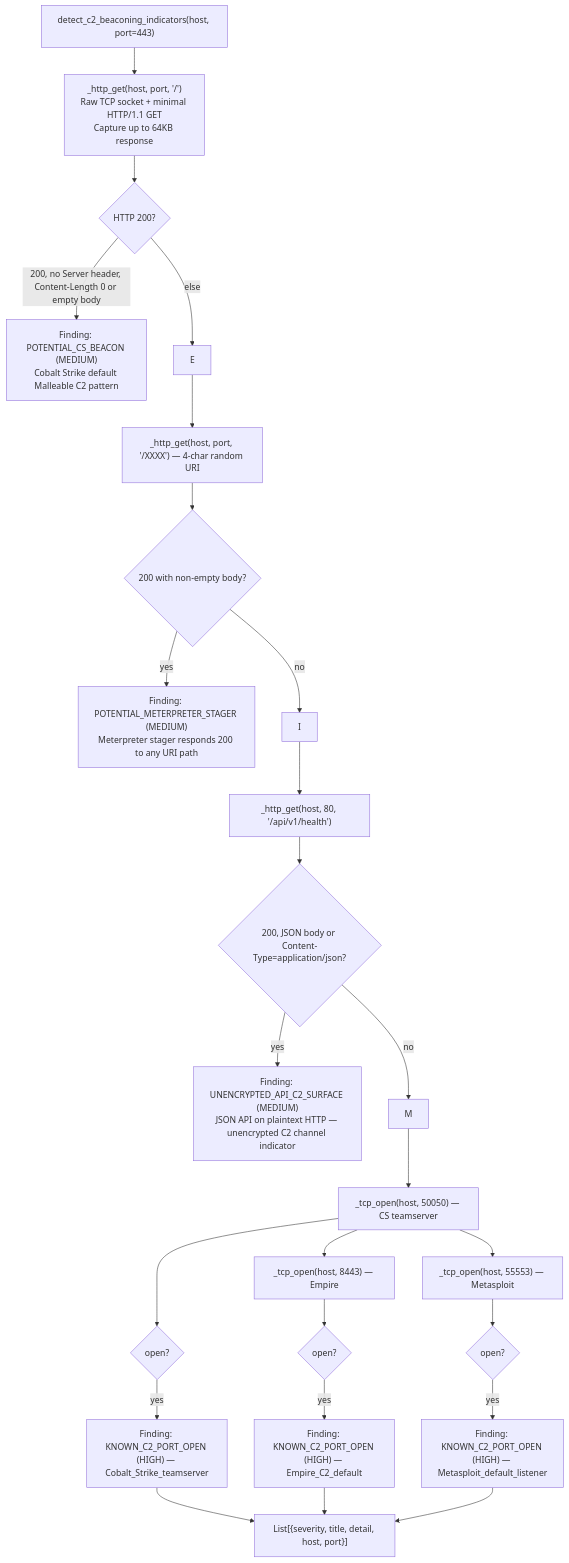
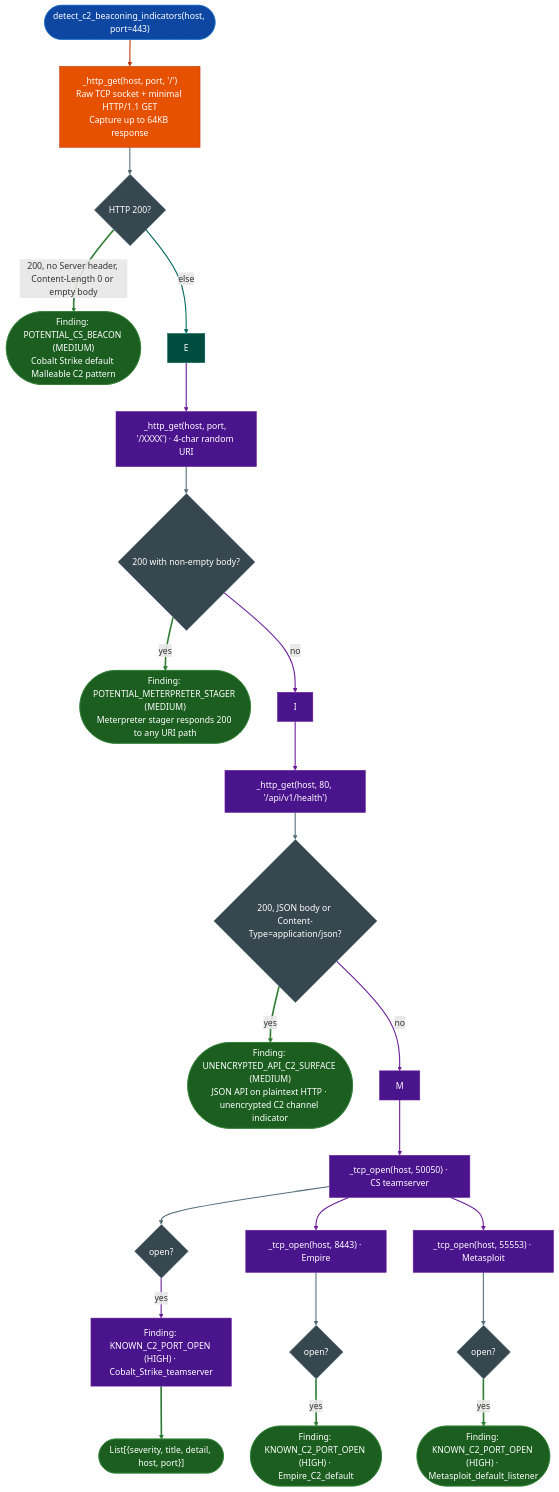
The first of 2 diagrams in docs/reference-modules/c2-exfiltration-indicators.md (Ablation-Tool/ablation), drawn with Mermaid before and after one commit. The commit also changed other lines of this file and 320 other files, not shown here.

First line of the commit message:
docs: apply canonical Mermaid template to all 321 diagrams

````diff
--- a/docs/reference-modules/c2-exfiltration-indicators.md
+++ b/docs/reference-modules/c2-exfiltration-indicators.md
@@ -19,25 +19,53 @@
 ```mermaid
 flowchart TD
-    A["detect_c2_beaconing_indicators(host, port=443)"] --> B["_http_get(host, port, '/')\nRaw TCP socket + minimal HTTP/1.1 GET\nCapture up to 64KB response"]
-    B --> C{HTTP 200?}
-    C -->|"200, no Server header, Content-Length 0 or empty body"| D["Finding: POTENTIAL_CS_BEACON (MEDIUM)\nCobalt Strike default Malleable C2 pattern"]
-    C -->|else| E
-    E --> F["_http_get(host, port, '/XXXX') — 4-char random URI"]
-    F --> G{200 with non-empty body?}
-    G -->|yes| H["Finding: POTENTIAL_METERPRETER_STAGER (MEDIUM)\nMeterpreter stager responds 200 to any URI path"]
-    G -->|no| I
-    I --> J["_http_get(host, 80, '/api/v1/health')"]
-    J --> K{"200, JSON body or Content-Type=application/json?"}
-    K -->|yes| L["Finding: UNENCRYPTED_API_C2_SURFACE (MEDIUM)\nJSON API on plaintext HTTP — unencrypted C2 channel indicator"]
-    K -->|no| M
-    M --> N["_tcp_open(host, 50050) — CS teamserver"]
-    N --> O{open?}
-    O -->|yes| P["Finding: KNOWN_C2_PORT_OPEN (HIGH) — Cobalt_Strike_teamserver"]
-    N --> Q["_tcp_open(host, 8443) — Empire"]
-    Q --> R{open?}
-    R -->|yes| S["Finding: KNOWN_C2_PORT_OPEN (HIGH) — Empire_C2_default"]
-    N --> T["_tcp_open(host, 55553) — Metasploit"]
-    T --> U{open?}
-    U -->|yes| V["Finding: KNOWN_C2_PORT_OPEN (HIGH) — Metasploit_default_listener"]
-    P & S & V --> W["List[{severity, title, detail, host, port}]"]
+    A(["detect_c2_beaconing_indicators(host, port=443)"]):::input --> B["_http_get(host, port, '/')\nRaw TCP socket + minimal HTTP/1.1 GET\nCapture up to 64KB response"]:::primary
+    B:::primary --> C{"HTTP 200?"}:::neutral
+    C:::neutral -->|"200, no Server header, Content-Length 0 or empty body"| D(["Finding: POTENTIAL_CS_BEACON (MEDIUM)\nCobalt Strike default Malleable C2 pattern"]):::output
+    C:::neutral -->|else| E["E"]:::secondary
+    E:::secondary --> F["_http_get(host, port, '/XXXX') · 4-char random URI"]:::tertiary
+    F:::tertiary --> G{"200 with non-empty body?"}:::neutral
+    G:::neutral -->|yes| H(["Finding: POTENTIAL_METERPRETER_STAGER (MEDIUM)\nMeterpreter stager responds 200 to any URI path"]):::output
+    G:::neutral -->|no| I["I"]:::tertiary
+    I:::tertiary --> J["_http_get(host, 80, '/api/v1/health')"]:::tertiary
+    J:::tertiary --> K{"200, JSON body or Content-Type=application/json?"}:::neutral
+    K:::neutral -->|yes| L(["Finding: UNENCRYPTED_API_C2_SURFACE (MEDIUM)\nJSON API on plaintext HTTP · unencrypted C2 channel indicator"]):::output
+    K:::neutral -->|no| M["M"]:::tertiary
+    M:::tertiary --> N["_tcp_open(host, 50050) · CS teamserver"]:::tertiary
+    N:::tertiary --> O{"open?"}:::neutral
+    O:::neutral -->|yes| P["Finding: KNOWN_C2_PORT_OPEN (HIGH) · Cobalt_Strike_teamserver"]:::tertiary
+    N:::tertiary --> Q["_tcp_open(host, 8443) · Empire"]:::tertiary
+    Q:::tertiary --> R{"open?"}:::neutral
+    R:::neutral -->|yes| S(["Finding: KNOWN_C2_PORT_OPEN (HIGH) · Empire_C2_default"]):::output
+    N:::tertiary --> T["_tcp_open(host, 55553) · Metasploit"]:::tertiary
+    T:::tertiary --> U{"open?"}:::neutral
+    U:::neutral -->|yes| V(["Finding: KNOWN_C2_PORT_OPEN (HIGH) · Metasploit_default_listener"]):::output
+    P:::tertiary --> W(["List[{severity, title, detail, host, port}]"]):::output
+    classDef input     fill:#0d47a1,stroke:#1565c0,color:#fff
+    classDef primary   fill:#e65100,stroke:#bf360c,color:#fff
+    classDef secondary fill:#004d40,stroke:#00695c,color:#fff
+    classDef tertiary  fill:#4a148c,stroke:#6a1b9a,color:#fff
+    classDef neutral   fill:#37474f,stroke:#546e7a,color:#fff
+    classDef output    fill:#1b5e20,stroke:#2e7d32,color:#fff
+    linkStyle 0 stroke:#bf360c,stroke-width:2px
+    linkStyle 1 stroke:#546e7a,stroke-width:2px
+    linkStyle 2 stroke:#2e7d32,stroke-width:3px
+    linkStyle 3 stroke:#00695c,stroke-width:2px
+    linkStyle 4 stroke:#6a1b9a,stroke-width:2px
+    linkStyle 5 stroke:#546e7a,stroke-width:2px
+    linkStyle 6 stroke:#2e7d32,stroke-width:3px
+    linkStyle 7 stroke:#6a1b9a,stroke-width:2px
+    linkStyle 8 stroke:#6a1b9a,stroke-width:2px
+    linkStyle 9 stroke:#546e7a,stroke-width:2px
+    linkStyle 10 stroke:#2e7d32,stroke-width:3px
+    linkStyle 11 stroke:#6a1b9a,stroke-width:2px
+    linkStyle 12 stroke:#6a1b9a,stroke-width:2px
+    linkStyle 13 stroke:#546e7a,stroke-width:2px
+    linkStyle 14 stroke:#6a1b9a,stroke-width:2px
+    linkStyle 15 stroke:#6a1b9a,stroke-width:2px
+    linkStyle 16 stroke:#546e7a,stroke-width:2px
+    linkStyle 17 stroke:#2e7d32,stroke-width:3px
+    linkStyle 18 stroke:#6a1b9a,stroke-width:2px
+    linkStyle 19 stroke:#546e7a,stroke-width:2px
+    linkStyle 20 stroke:#2e7d32,stroke-width:3px
+    linkStyle 21 stroke:#2e7d32,stroke-width:3px
 ```
````
